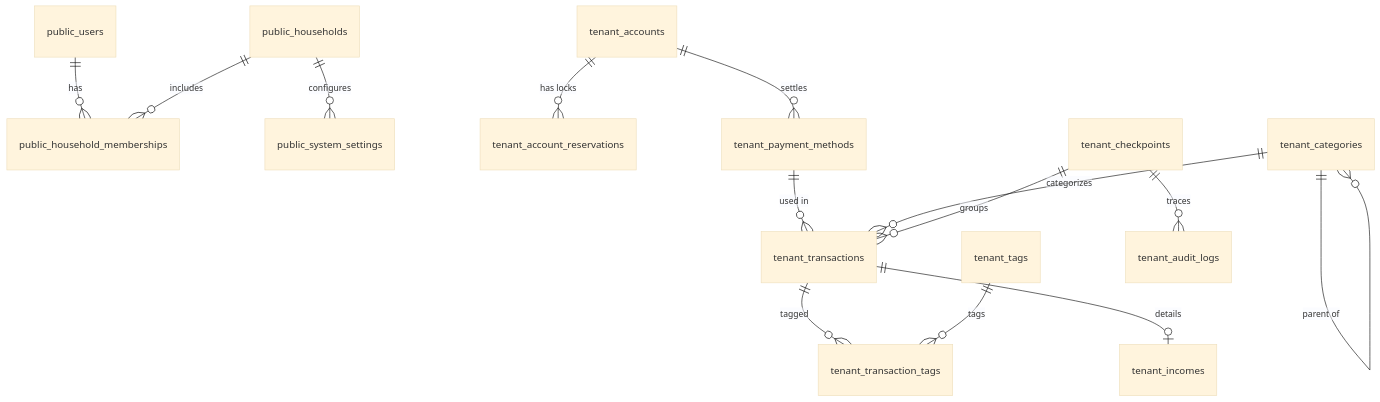
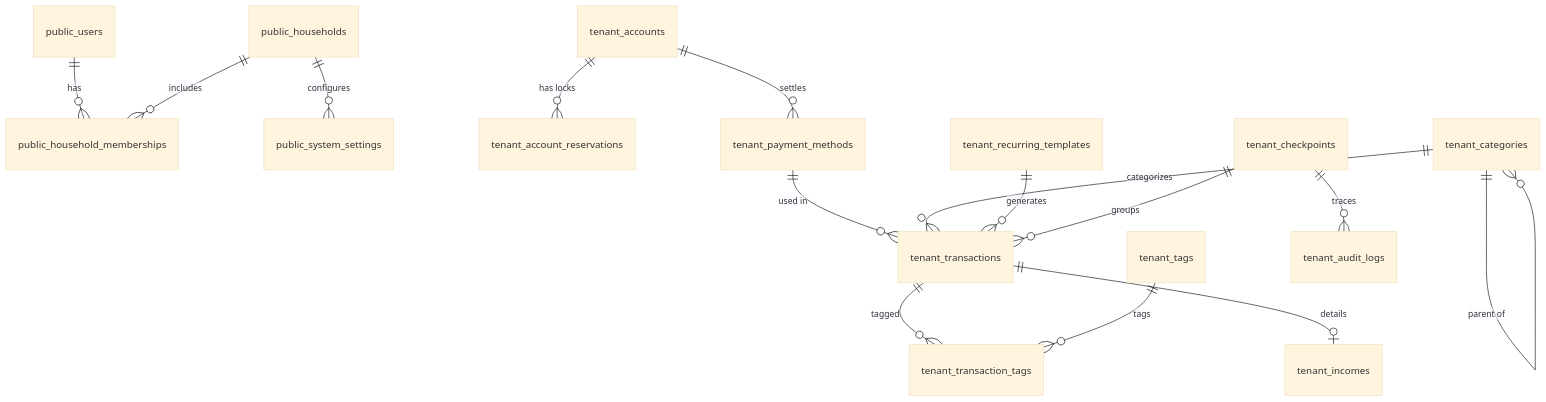
The diagram in for_agent/03_database_design.md (17g/Komame), drawn with Mermaid (base theme) before and after one commit. The commit also changed other lines of this file and 8 other files, not shown here.

````diff
--- a/for_agent/03_database_design.md
+++ b/for_agent/03_database_design.md
@@ -11,19 +11,20 @@
 ```mermaid
 erDiagram
     %% マスタスキーマ (public)
     public_users ||--o{ public_household_memberships : "has"
     public_households ||--o{ public_household_memberships : "includes"
     public_households ||--o{ public_system_settings : "configures"
 
     %% テナント専用スキーマ (tenant_xxx)
     tenant_accounts ||--o{ tenant_account_reservations : "has locks"
     tenant_accounts ||--o{ tenant_payment_methods : "settles"
     tenant_payment_methods ||--o{ tenant_transactions : "used in"
     tenant_categories ||--o{ tenant_transactions : "categorizes"
     tenant_categories ||--o{ tenant_categories : "parent of"
     tenant_transactions ||--o{ tenant_transaction_tags : "tagged"
     tenant_tags ||--o{ tenant_transaction_tags : "tags"
     tenant_transactions ||--o| tenant_incomes : "details"
+    tenant_recurring_templates ||--o{ tenant_transactions : "generates"
     tenant_checkpoints ||--o{ tenant_transactions : "groups"
     tenant_checkpoints ||--o{ tenant_audit_logs : "traces"
 ```
````
